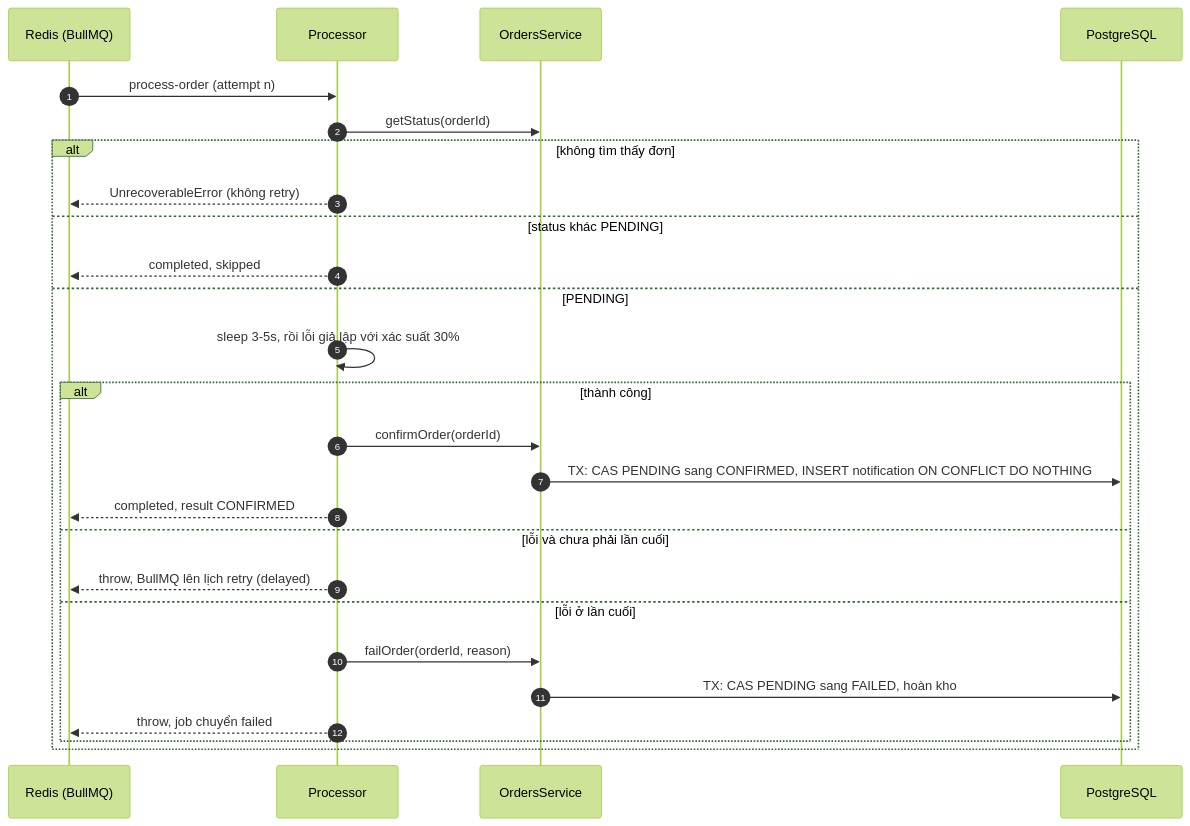
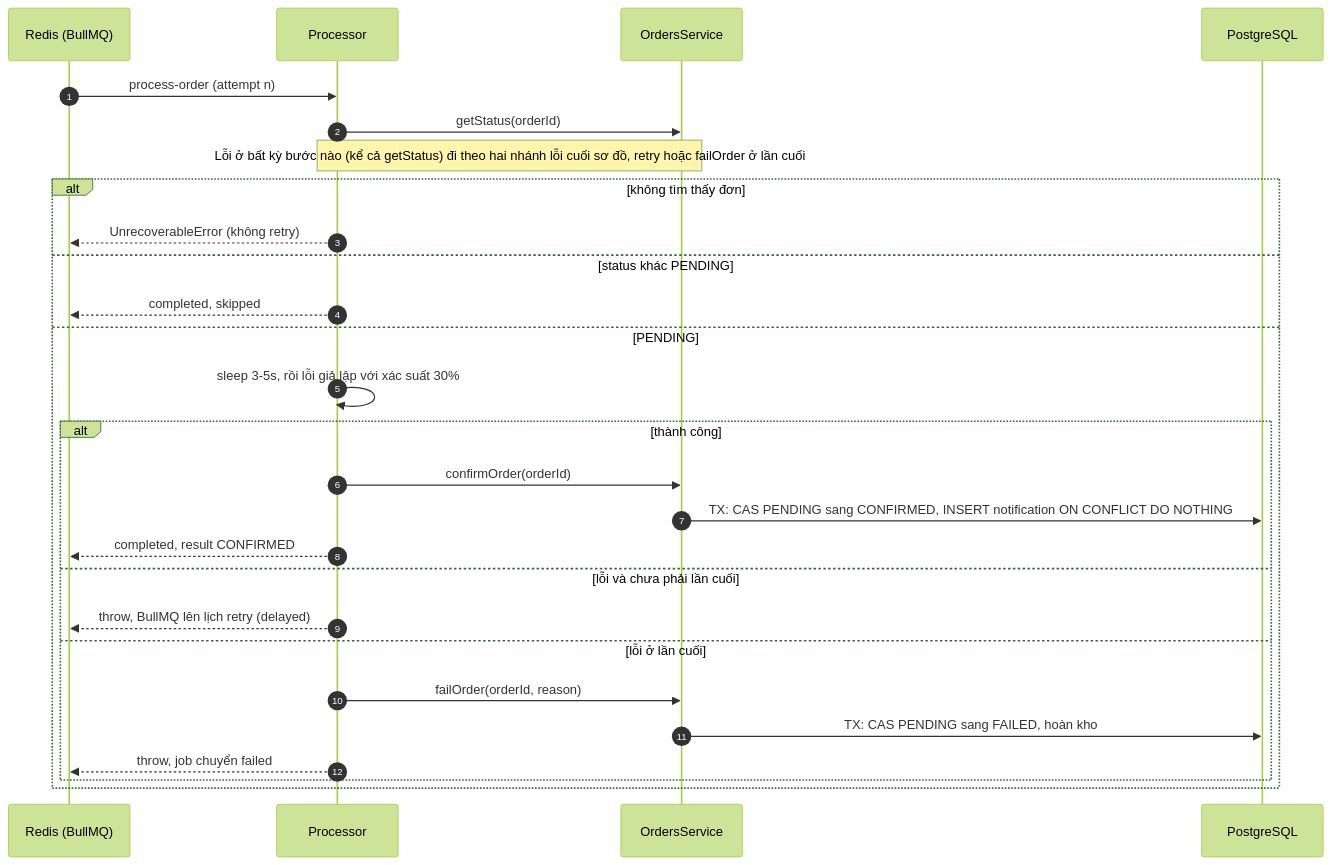
Before and after one commit to hcmus-phat/hemidi-test: the fourth of 4 diagrams in docs/05-order-processing.md, drawn with Mermaid (forest theme). The commit also changed other lines of this file and 3 other files, not shown here.

First line of the commit message:
fix(worker): mark the order failed when reading its status fails on the last attempt

````diff
--- a/docs/05-order-processing.md
+++ b/docs/05-order-processing.md
@@ -296,29 +296,30 @@
 ```mermaid
 sequenceDiagram
   autonumber
   participant Q as Redis (BullMQ)
   participant W as Processor
   participant S as OrdersService
   participant DB as PostgreSQL
 
   Q->>W: process-order (attempt n)
   W->>S: getStatus(orderId)
+  Note over W,S: Lỗi ở bất kỳ bước nào (kể cả getStatus) đi theo hai nhánh lỗi cuối sơ đồ, retry hoặc failOrder ở lần cuối
   alt không tìm thấy đơn
     W-->>Q: UnrecoverableError (không retry)
   else status khác PENDING
     W-->>Q: completed, skipped
   else PENDING
     W->>W: sleep 3-5s, rồi lỗi giả lập với xác suất 30%
     alt thành công
       W->>S: confirmOrder(orderId)
       S->>DB: TX: CAS PENDING sang CONFIRMED, INSERT notification ON CONFLICT DO NOTHING
       W-->>Q: completed, result CONFIRMED
     else lỗi và chưa phải lần cuối
       W-->>Q: throw, BullMQ lên lịch retry (delayed)
     else lỗi ở lần cuối
       W->>S: failOrder(orderId, reason)
       S->>DB: TX: CAS PENDING sang FAILED, hoàn kho
       W-->>Q: throw, job chuyển failed
     end
   end
 ```
````
